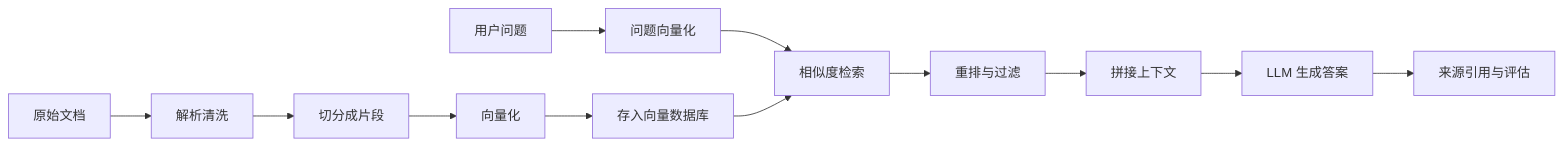
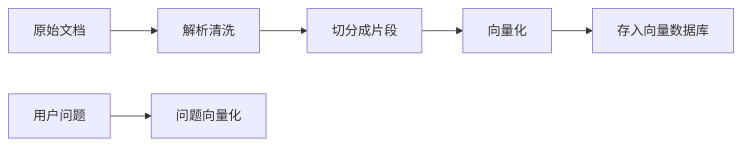
Before and after one commit to oudbiao/AI-fullstack-course: the third of 4 diagrams in docs/stage8b/ch01-rag/00-roadmap.md, drawn with Mermaid. The commit also changed other lines of this file and 139 other files, not shown here.

````diff
--- a/docs/stage8b/ch01-rag/00-roadmap.md
+++ b/docs/stage8b/ch01-rag/00-roadmap.md
@@ -53,14 +53,8 @@
 ```mermaid
 flowchart LR
   A[原始文档] --> B[解析清洗]
   B --> C[切分成片段]
   C --> D[向量化]
   D --> E[存入向量数据库]
   F[用户问题] --> G[问题向量化]
-  G --> H[相似度检索]
-  E --> H
-  H --> I[重排与过滤]
-  I --> J[拼接上下文]
-  J --> K[LLM 生成答案]
-  K --> L[来源引用与评估]
 ```
````
